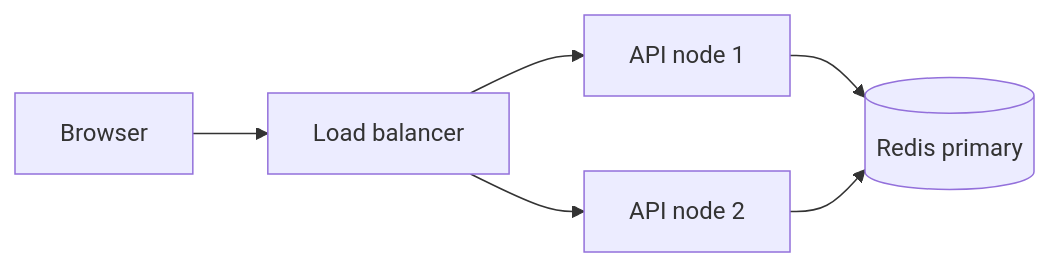
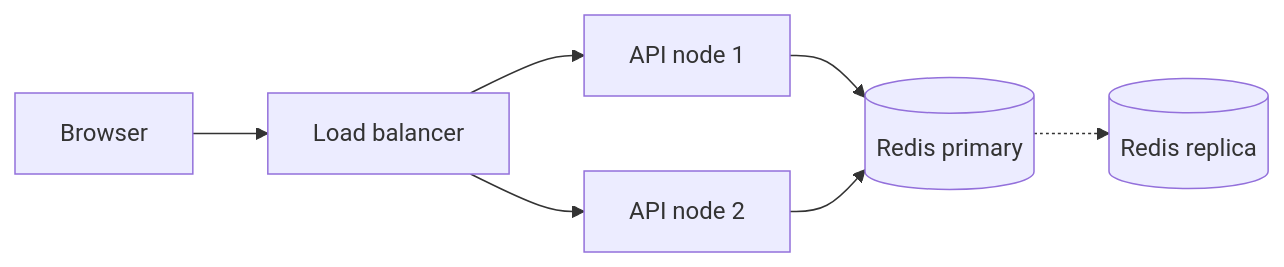
The first of 2 diagrams in docs/sandbox/session-storage.md (KinjiKawaguchi/mihiraki), drawn with Mermaid before and after one commit. The commit also changed other lines of this file, not shown here.

````diff
--- a/docs/sandbox/session-storage.md
+++ b/docs/sandbox/session-storage.md
@@ -13,8 +13,9 @@
 ```mermaid
 flowchart LR
     client[Browser] --> lb[Load balancer]
     lb --> api1[API node 1]
     lb --> api2[API node 2]
     api1 --> redis[(Redis primary)]
     api2 --> redis
+    redis -.-> replica[(Redis replica)]
 ```
````
